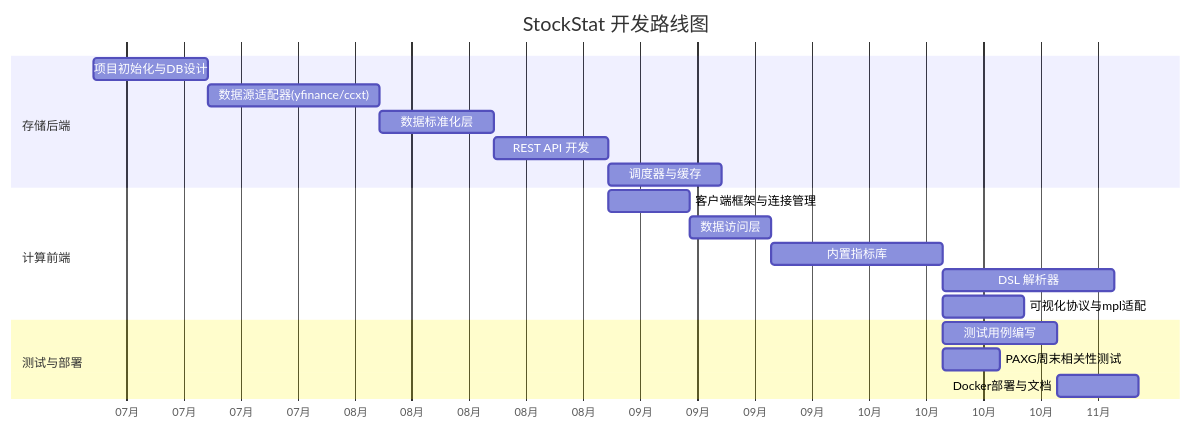
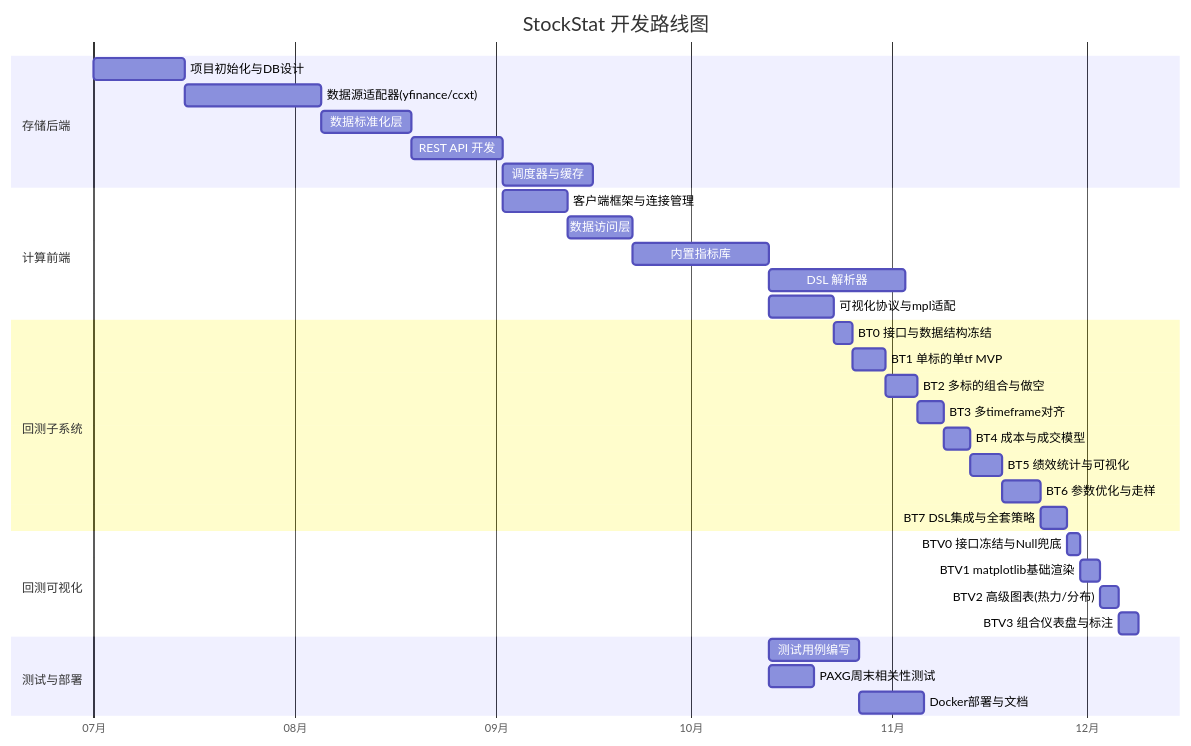
Before and after one commit to RESBI/StockStatistic: diagram 20 of 22 in DESIGN_CN.md, drawn with Mermaid. The commit also changed other lines of this file and 83 other files, not shown here.

````diff
--- a/DESIGN_CN.md
+++ b/DESIGN_CN.md
@@ -1633,25 +1673,41 @@
 ```mermaid
 gantt
     title StockStat 开发路线图
     dateFormat  YYYY-MM-DD
     axisFormat  %m月
 
     section 存储后端
     项目初始化与DB设计          :a1, 2026-07-01, 14d
     数据源适配器(yfinance/ccxt)  :a2, after a1, 21d
     数据标准化层               :a3, after a2, 14d
     REST API 开发              :a4, after a3, 14d
     调度器与缓存               :a5, after a4, 14d
 
     section 计算前端
     客户端框架与连接管理        :b1, after a4, 10d
     数据访问层                 :b2, after b1, 10d
     内置指标库                 :b3, after b2, 21d
     DSL 解析器                 :b4, after b3, 21d
     可视化协议与mpl适配         :b5, after b3, 10d
 
+    section 回测子系统
+    BT0 接口与数据结构冻结      :bt0, after b5, 3d
+    BT1 单标的单tf MVP          :bt1, after bt0, 5d
+    BT2 多标的组合与做空        :bt2, after bt1, 5d
+    BT3 多timeframe对齐        :bt3, after bt2, 4d
+    BT4 成本与成交模型          :bt4, after bt3, 4d
+    BT5 绩效统计与可视化        :bt5, after bt4, 5d
+    BT6 参数优化与走样          :bt6, after bt5, 6d
+    BT7 DSL集成与全套策略       :bt7, after bt6, 4d
+
+    section 回测可视化
+    BTV0 接口冻结与Null兜底     :btv0, after bt7, 2d
+    BTV1 matplotlib基础渲染     :btv1, after btv0, 3d
+    BTV2 高级图表(热力/分布)    :btv2, after btv1, 3d
+    BTV3 组合仪表盘与标注       :btv3, after btv2, 3d
+
     section 测试与部署
     测试用例编写               :c1, after b3, 14d
     PAXG周末相关性测试          :c2, after b3, 7d
     Docker部署与文档            :c3, after c1, 10d
 ```
````
